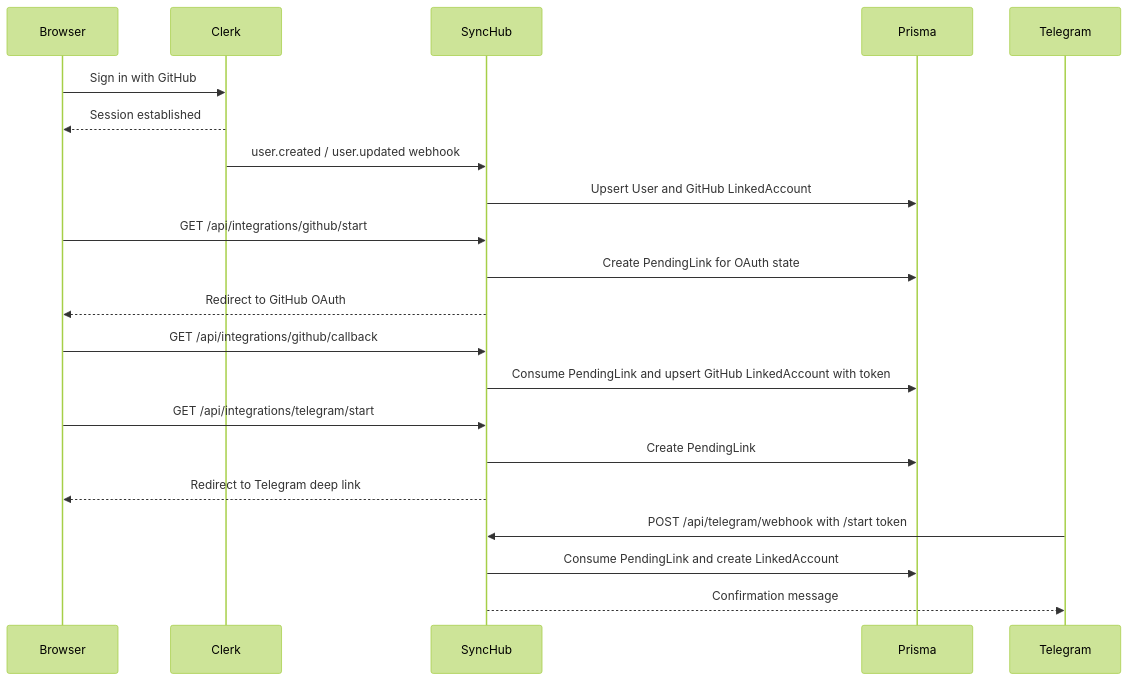
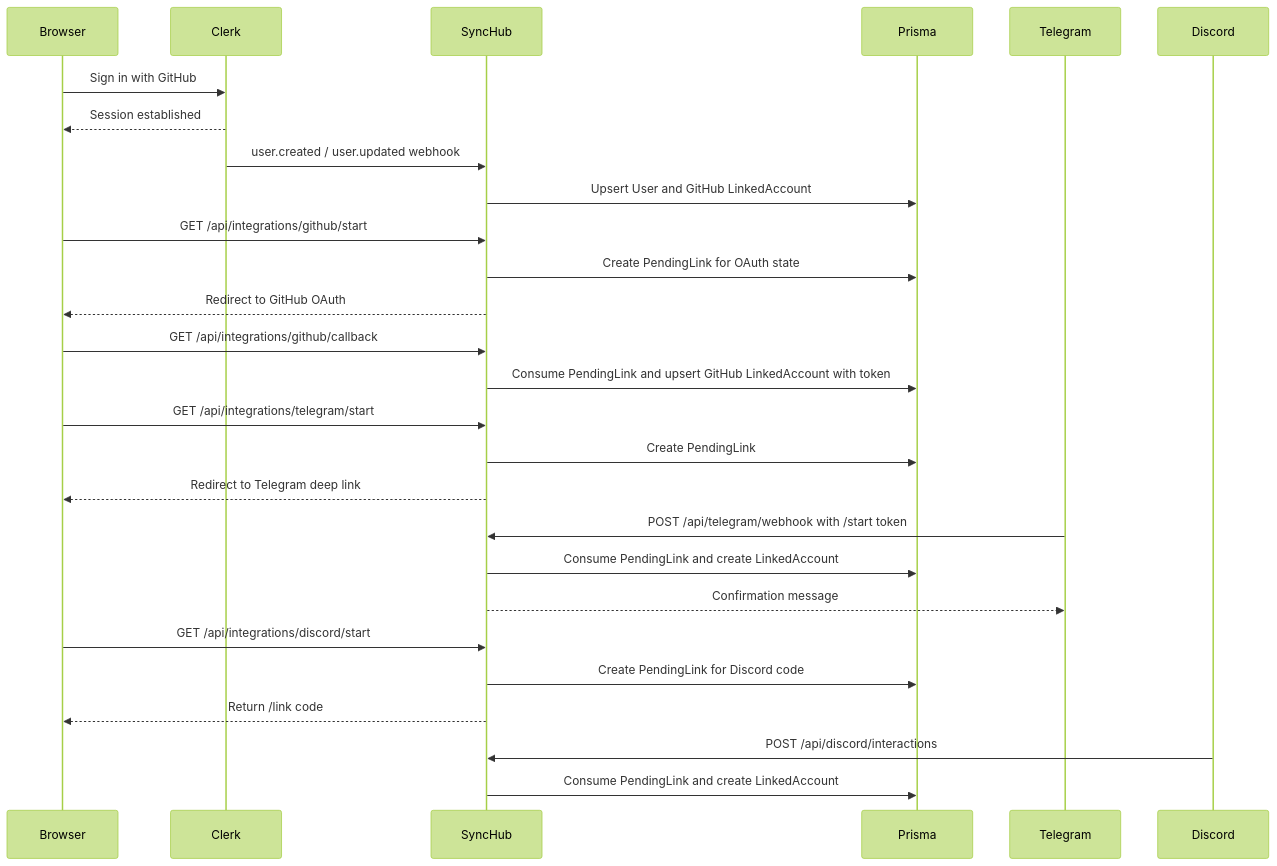
The second of 2 diagrams in docs/architecture.md (beefysalad/synchub), drawn with Mermaid (forest theme) before and after one commit. The commit also changed other lines of this file and 9 other files, not shown here.

Commit message:
feat: implement Discord slash command registration and status UI in the integrations dashboard

````diff
--- a/docs/architecture.md
+++ b/docs/architecture.md
@@ -117,24 +145,29 @@
 ```mermaid
 sequenceDiagram
     participant Browser
     participant Clerk
     participant SyncHub
     participant Prisma
     participant Telegram
 
     Browser->>Clerk: Sign in with GitHub
     Clerk-->>Browser: Session established
     Clerk->>SyncHub: user.created / user.updated webhook
     SyncHub->>Prisma: Upsert User and GitHub LinkedAccount
     Browser->>SyncHub: GET /api/integrations/github/start
     SyncHub->>Prisma: Create PendingLink for OAuth state
     SyncHub-->>Browser: Redirect to GitHub OAuth
     Browser->>SyncHub: GET /api/integrations/github/callback
     SyncHub->>Prisma: Consume PendingLink and upsert GitHub LinkedAccount with token
     Browser->>SyncHub: GET /api/integrations/telegram/start
     SyncHub->>Prisma: Create PendingLink
     SyncHub-->>Browser: Redirect to Telegram deep link
     Telegram->>SyncHub: POST /api/telegram/webhook with /start token
     SyncHub->>Prisma: Consume PendingLink and create LinkedAccount
     SyncHub-->>Telegram: Confirmation message
+    Browser->>SyncHub: GET /api/integrations/discord/start
+    SyncHub->>Prisma: Create PendingLink for Discord code
+    SyncHub-->>Browser: Return /link code
+    Discord->>SyncHub: POST /api/discord/interactions
+    SyncHub->>Prisma: Consume PendingLink and create LinkedAccount
 ```
````
